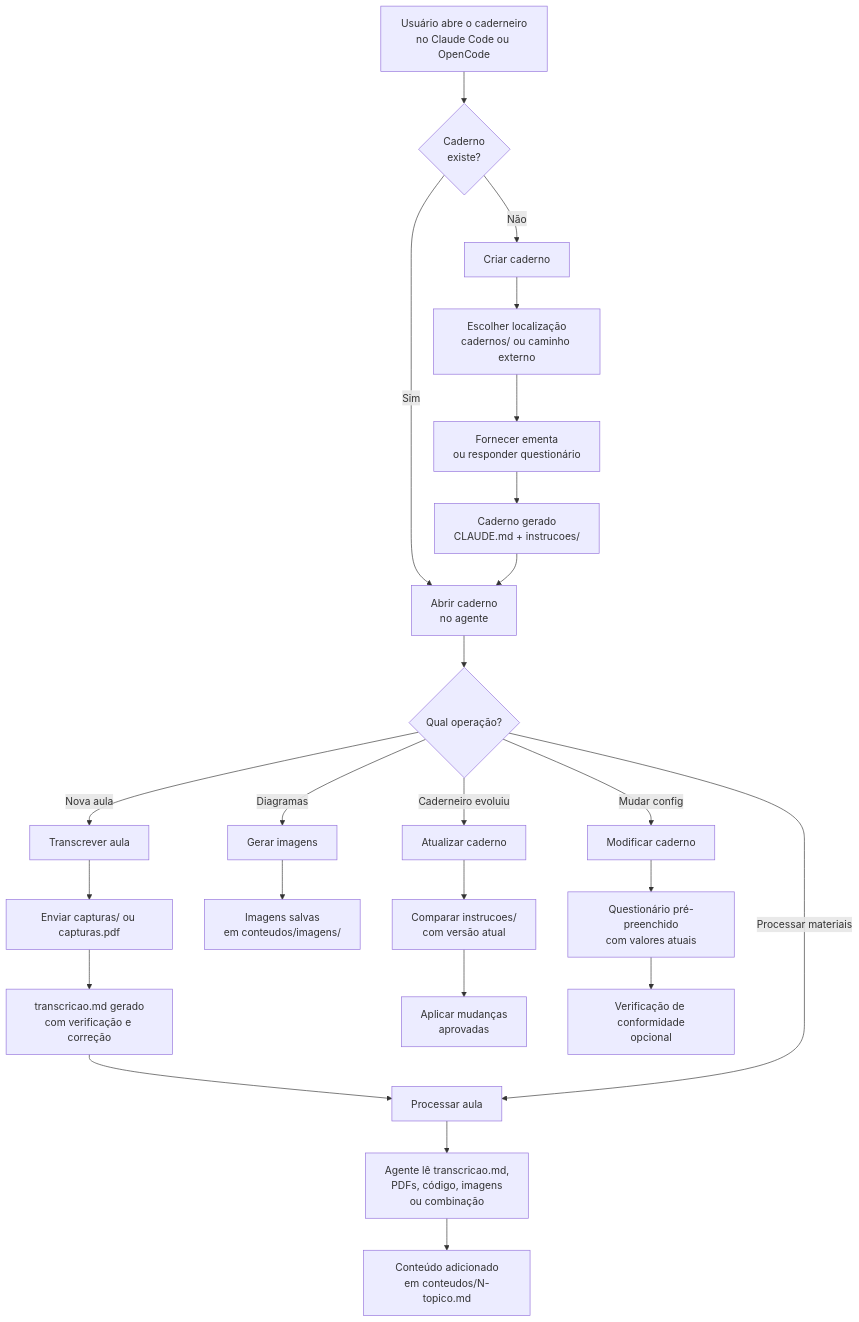
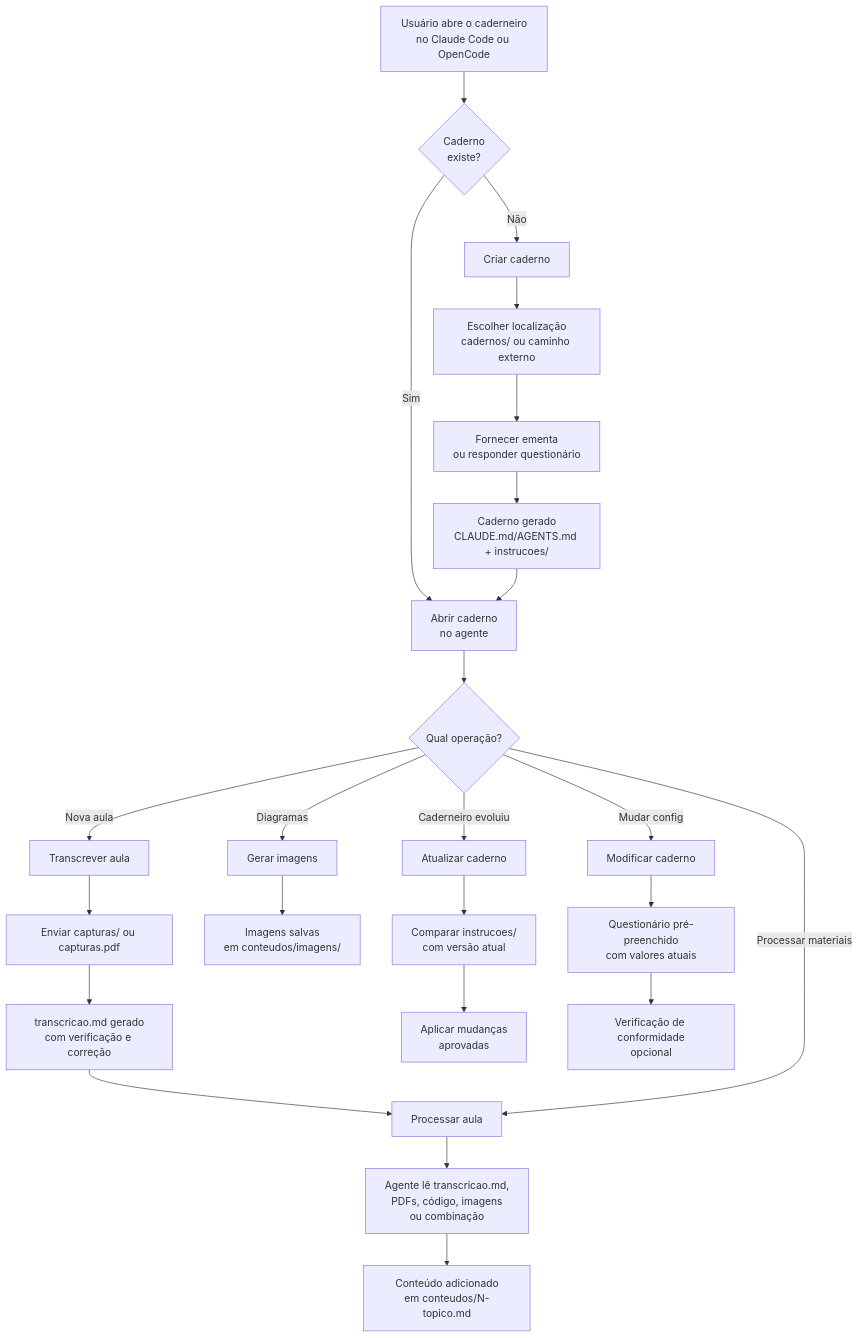
One commit to caiocoswosk/caderneiro changed the first of 2 diagrams in caderneiro.md. Above: the diagram before and after it, drawn with Mermaid. The commit also changed other lines of this file and 1 other file, not shown here.

````diff
--- a/caderneiro.md
+++ b/caderneiro.md
@@ -96,35 +99,35 @@
 ```mermaid
 flowchart TD
     A["Usuário abre o caderneiro<br/>no Claude Code ou OpenCode"] --> B{"Caderno<br/>existe?"}
 
     B -->|Não| C[Criar caderno]
     C --> C1["Escolher localização<br/>cadernos/ ou caminho externo"]
     C1 --> C2["Fornecer ementa<br/>ou responder questionário"]
-    C2 --> C3["Caderno gerado<br/>CLAUDE.md + instrucoes/"]
+    C2 --> C3["Caderno gerado<br/>CLAUDE.md/AGENTS.md + instrucoes/"]
 
     B -->|Sim| D["Abrir caderno<br/>no agente"]
 
     C3 --> D
 
     D --> E{Qual operação?}
 
     E -->|Nova aula| F[Transcrever aula]
     F --> F1["Enviar capturas/ ou capturas.pdf"]
     F1 --> F2["transcricao.md gerado<br/>com verificação e correção"]
     F2 --> G
 
     E -->|Processar materiais| G[Processar aula]
     G --> G1["Agente lê transcricao.md,<br/>PDFs, código, imagens<br/>ou combinação"]
     G1 --> G2["Conteúdo adicionado<br/>em conteudos/N-topico.md"]
 
     E -->|Diagramas| H[Gerar imagens]
     H --> H1["Imagens salvas<br/>em conteudos/imagens/"]
 
     E -->|Caderneiro evoluiu| I[Atualizar caderno]
     I --> I1["Comparar instrucoes/<br/>com versão atual"]
     I1 --> I2["Aplicar mudanças<br/>aprovadas"]
 
     E -->|Mudar config| J[Modificar caderno]
     J --> J1["Questionário pré-preenchido<br/>com valores atuais"]
     J1 --> J2["Verificação de conformidade<br/>opcional"]
 ```
````
